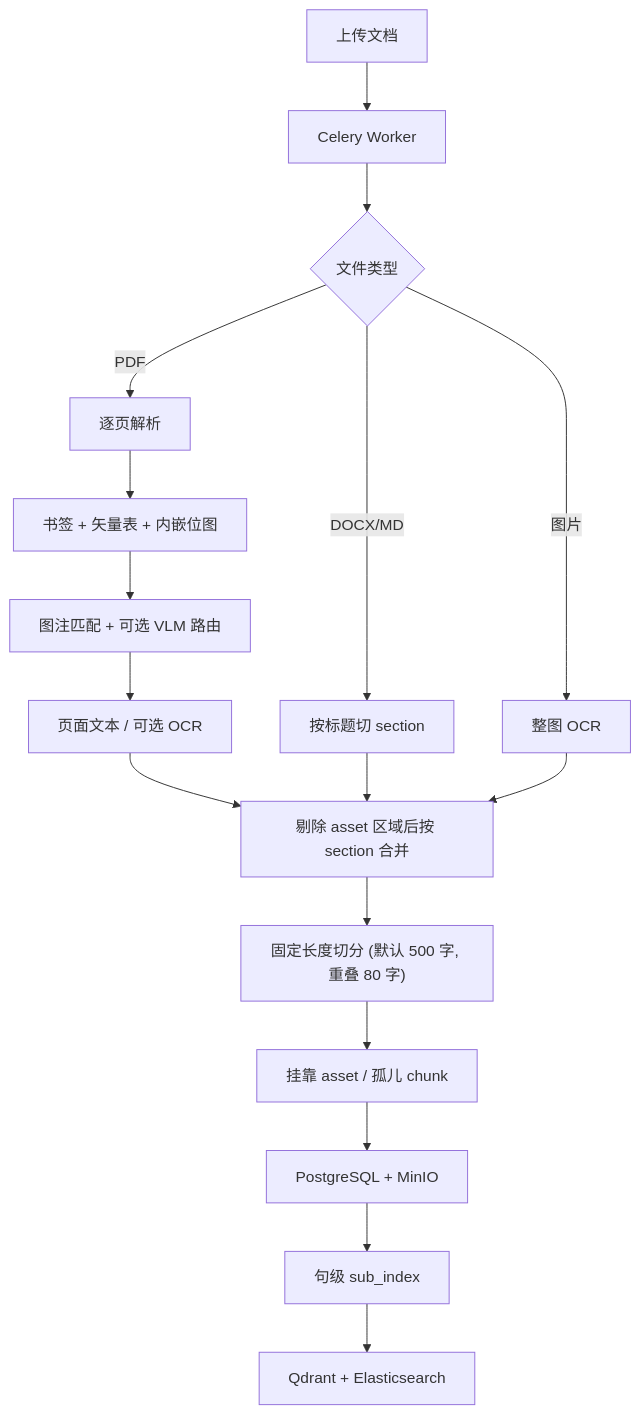
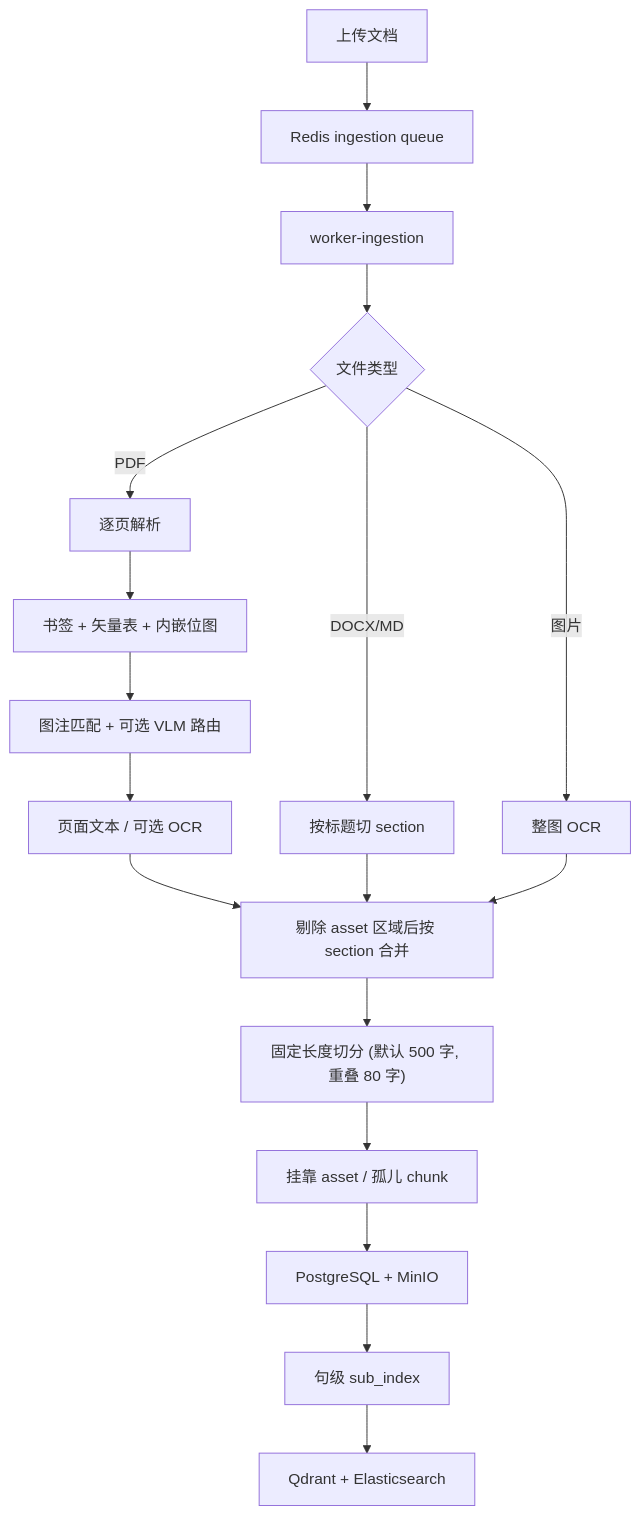
The second of 2 diagrams in README.md (zJustHow/AllDocs), drawn with Mermaid before and after one commit. The commit also changed other lines of this file and 37 other files, not shown here.

````diff
--- a/README.md
+++ b/README.md
@@ -151,19 +157,20 @@
 ```mermaid
 flowchart TD
-    A[上传文档] --> B[Celery Worker]
-    B --> C{文件类型}
+    A[上传文档] --> B[Redis ingestion queue]
+    B --> W[worker-ingestion]
+    W --> C{文件类型}
     C -->|PDF| D[逐页解析]
     C -->|DOCX/MD| E[按标题切 section]
     C -->|图片| F[整图 OCR]
     D --> D1[书签 + 矢量表 + 内嵌位图]
     D1 --> D2[图注匹配 + 可选 VLM 路由]
     D2 --> D3[页面文本 / 可选 OCR]
     D3 --> G[剔除 asset 区域后按 section 合并]
     E --> G
     F --> G
     G --> H["固定长度切分 (默认 500 字, 重叠 80 字)"]
     H --> I[挂靠 asset / 孤儿 chunk]
     I --> J[PostgreSQL + MinIO]
     J --> J1[句级 sub_index]
     J1 --> K[Qdrant + Elasticsearch]
 ```
````
